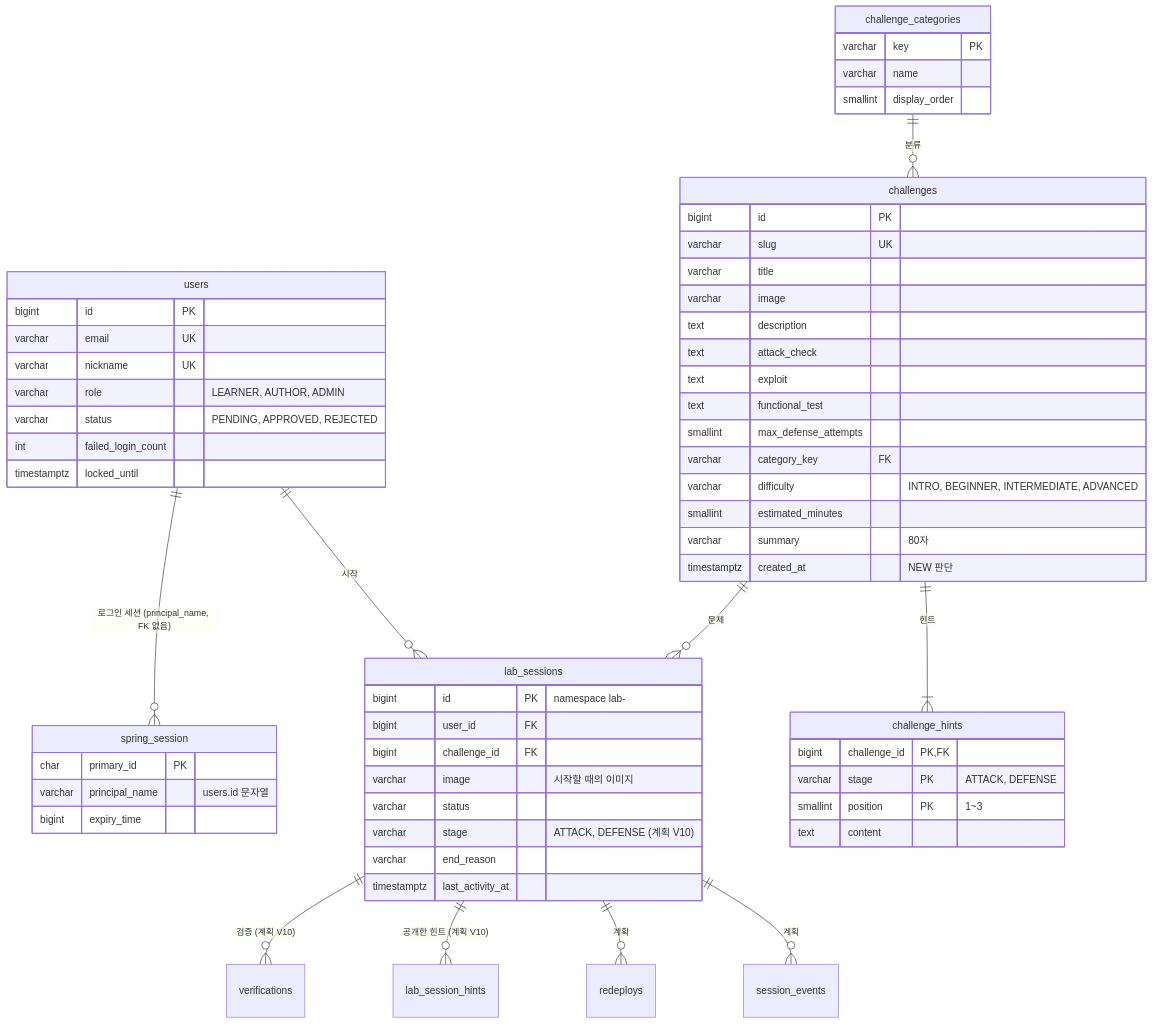
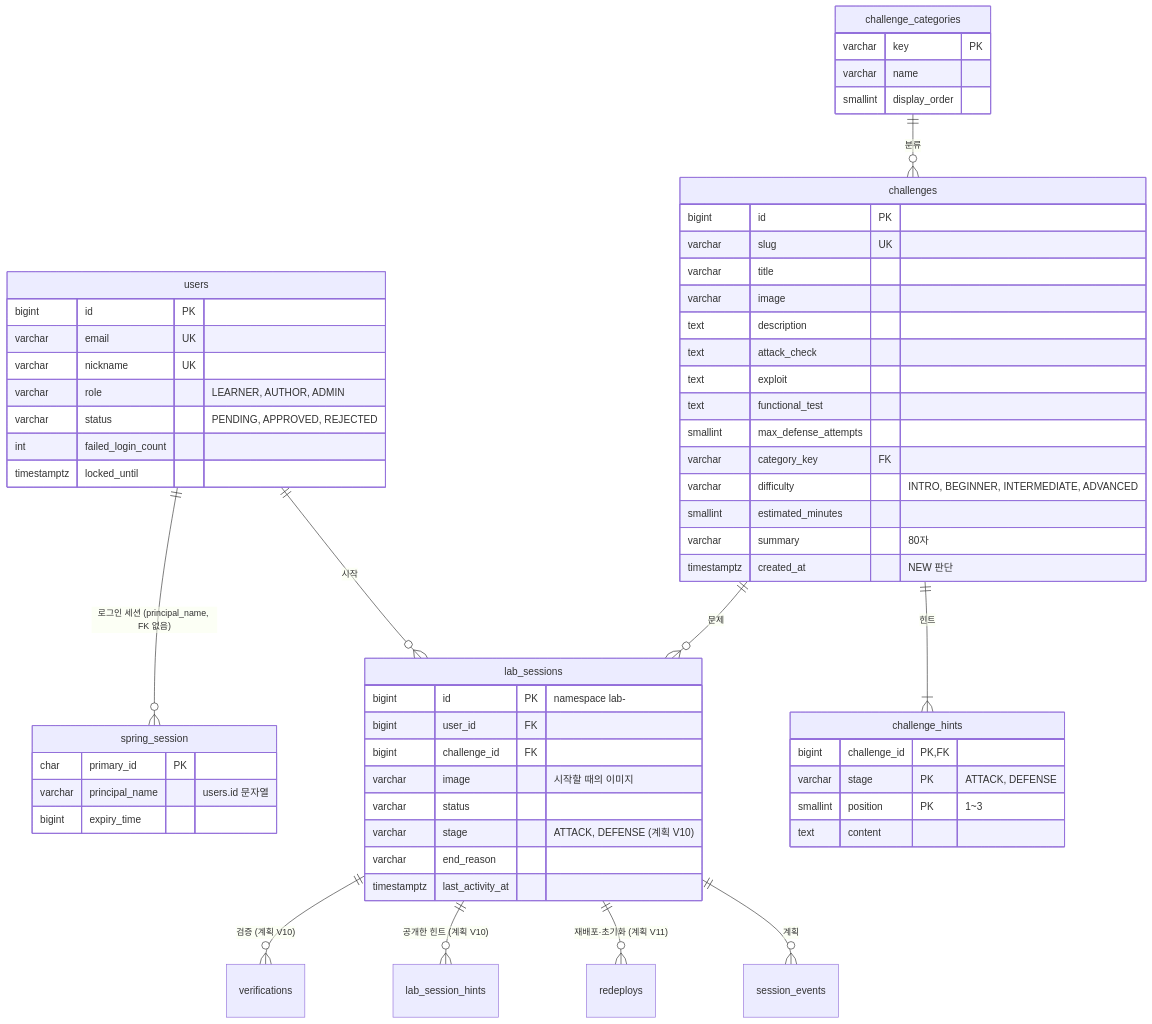
One commit to pg-hackforge/hackforge-docs changed the diagram in data-model.md. Above: the diagram before and after it, drawn with Mermaid. The commit also changed other lines of this file and 3 other files, not shown here.

First line of the commit message:
docs: 방어 IDE, 재배포, 초기화 결정(ADR 024)과 작업 목록 (#77)

````diff
--- a/data-model.md
+++ b/data-model.md
@@ -7,64 +7,64 @@
 ```mermaid
 erDiagram
     users ||--o{ spring_session : "로그인 세션 (principal_name, FK 없음)"
     users ||--o{ lab_sessions : "시작"
     challenges ||--o{ lab_sessions : "문제"
     challenges ||--|{ challenge_hints : "힌트"
     challenge_categories ||--o{ challenges : "분류"
     lab_sessions ||--o{ verifications : "검증 (계획 V10)"
     lab_sessions ||--o{ lab_session_hints : "공개한 힌트 (계획 V10)"
-    lab_sessions ||--o{ redeploys : "계획"
+    lab_sessions ||--o{ redeploys : "재배포·초기화 (계획 V11)"
     lab_sessions ||--o{ session_events : "계획"
 
     users {
         bigint id PK
         varchar email UK
         varchar nickname UK
         varchar role "LEARNER, AUTHOR, ADMIN"
         varchar status "PENDING, APPROVED, REJECTED"
         int failed_login_count
         timestamptz locked_until
     }
     spring_session {
         char primary_id PK
         varchar principal_name "users.id 문자열"
         bigint expiry_time
     }
     challenges {
         bigint id PK
         varchar slug UK
         varchar title
         varchar image
         text description
         text attack_check
         text exploit
         text functional_test
         smallint max_defense_attempts
         varchar category_key FK
         varchar difficulty "INTRO, BEGINNER, INTERMEDIATE, ADVANCED"
         smallint estimated_minutes
         varchar summary "80자"
         timestamptz created_at "NEW 판단"
     }
     challenge_categories {
         varchar key PK
         varchar name
         smallint display_order
     }
     challenge_hints {
         bigint challenge_id PK, FK
         varchar stage PK "ATTACK, DEFENSE"
         smallint position PK "1~3"
         text content
     }
     lab_sessions {
         bigint id PK "namespace lab-<id>"
         bigint user_id FK
         bigint challenge_id FK
         varchar image "시작할 때의 이미지"
         varchar status
         varchar stage "ATTACK, DEFENSE (계획 V10)"
         varchar end_reason
         timestamptz last_activity_at
     }
 ```
````
